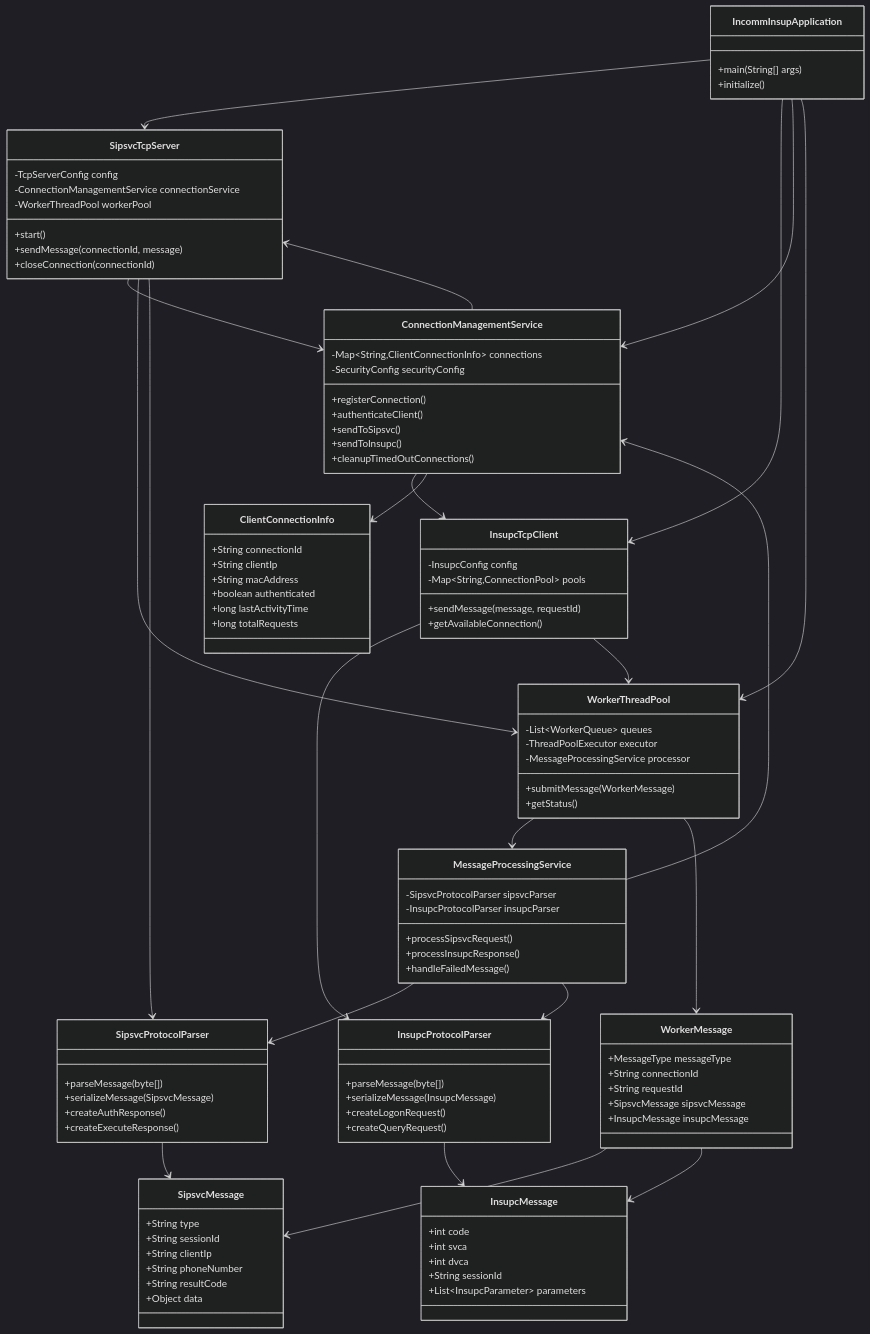
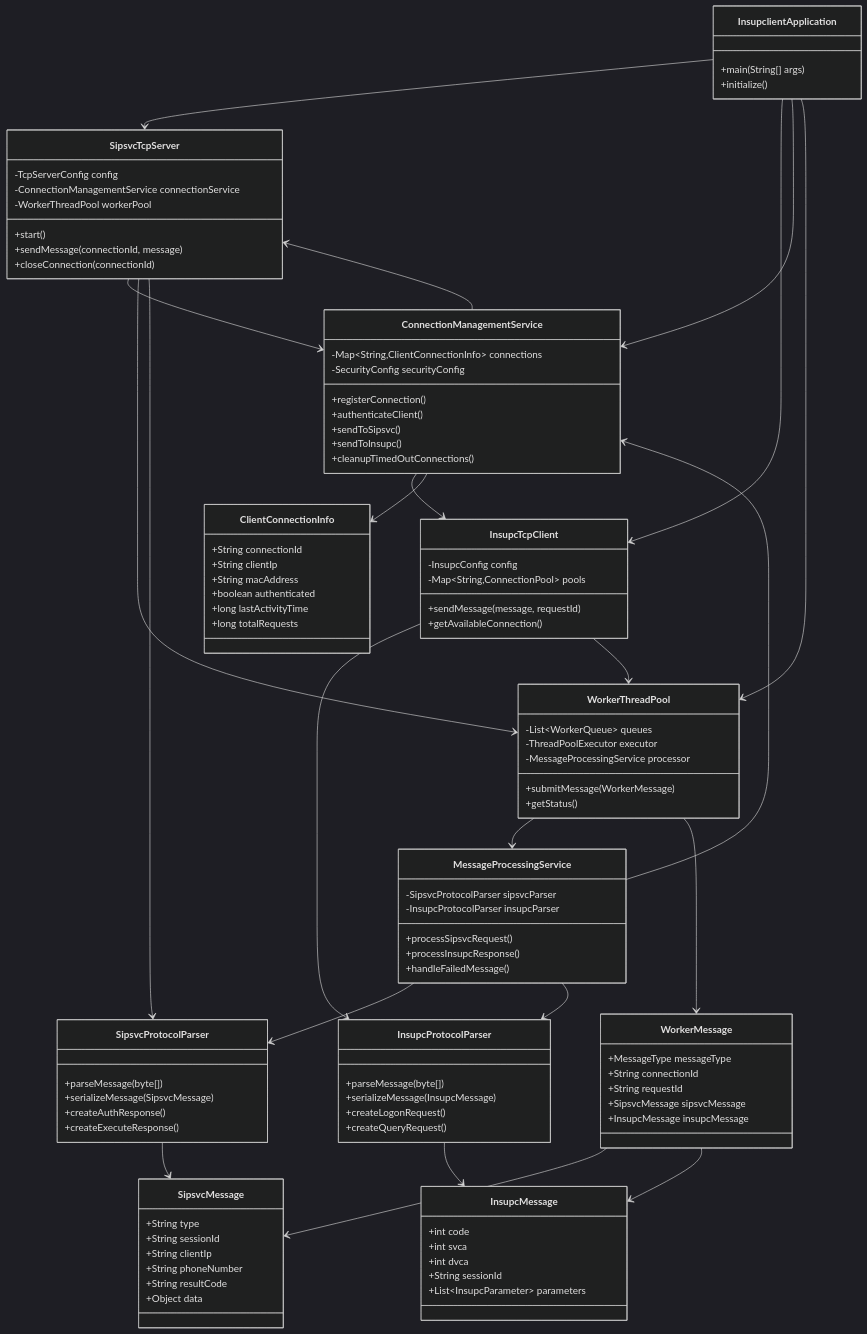
The third of 3 diagrams in README.md (hak023/incomm-insup), drawn with Mermaid (dark theme) before and after one commit. The commit also changed other lines of this file and 31 other files, not shown here.

````diff
--- a/README.md
+++ b/README.md
@@ -318,6 +318,6 @@
 ```mermaid
 classDiagram
-    class IncommInsupApplication {
+    class InsupclientApplication {
         +main(String[] args)
         +initialize()
     }
@@ -412,10 +412,10 @@
         +long totalRequests
     }
     
-    IncommInsupApplication --> SipsvcTcpServer
-    IncommInsupApplication --> InsupcTcpClient
-    IncommInsupApplication --> ConnectionManagementService
-    IncommInsupApplication --> WorkerThreadPool
+    InsupclientApplication --> SipsvcTcpServer
+    InsupclientApplication --> InsupcTcpClient
+    InsupclientApplication --> ConnectionManagementService
+    InsupclientApplication --> WorkerThreadPool
     
     SipsvcTcpServer --> ConnectionManagementService
     SipsvcTcpServer --> WorkerThreadPool
````
